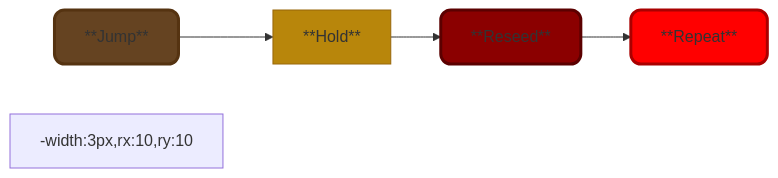
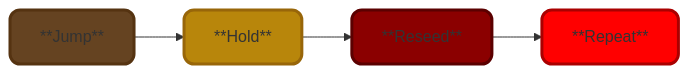
Before and after one commit to patwooky/fpsr: the second of 2 diagrams in README.md, drawn with Mermaid. The commit also changed 1 other file, not shown here.

Commit message:
updated readme.md and readme-ch.md, correcting an error in the mermaid code for jump, hold, reseed, repeat

````diff
--- a/README.md
+++ b/README.md
@@ -185,11 +185,13 @@
 ```mermaid
 graph LR
   A[**Jump**]:::darkBrown --> B[**Hold**]:::darkYellow 
   B --> C[**Reseed**]:::darkRed --> D[**Repeat**]:::red
 
 classDef darkBrown fill:#654321,stroke:#553311,stroke-width:3px,rx:10,ry:10;
-classDef darkYellow fill:#B8860B,stroke:#986609,stroke*FPS-R: Behaviour Compositional Structure*
--width:3px,rx:10,ry:10;
+
+classDef darkYellow fill:#B8860B,stroke:#986609,stroke-width:3px,rx:10,ry:10;
+
 classDef darkRed fill:#8B0000,stroke:#5B0000,stroke-width:3px,rx:10,ry:10;
+
 classDef red fill:#FF0000,stroke:#AA0000,stroke-width:3px,rx:10,ry:10;
-``` 
+```
````
